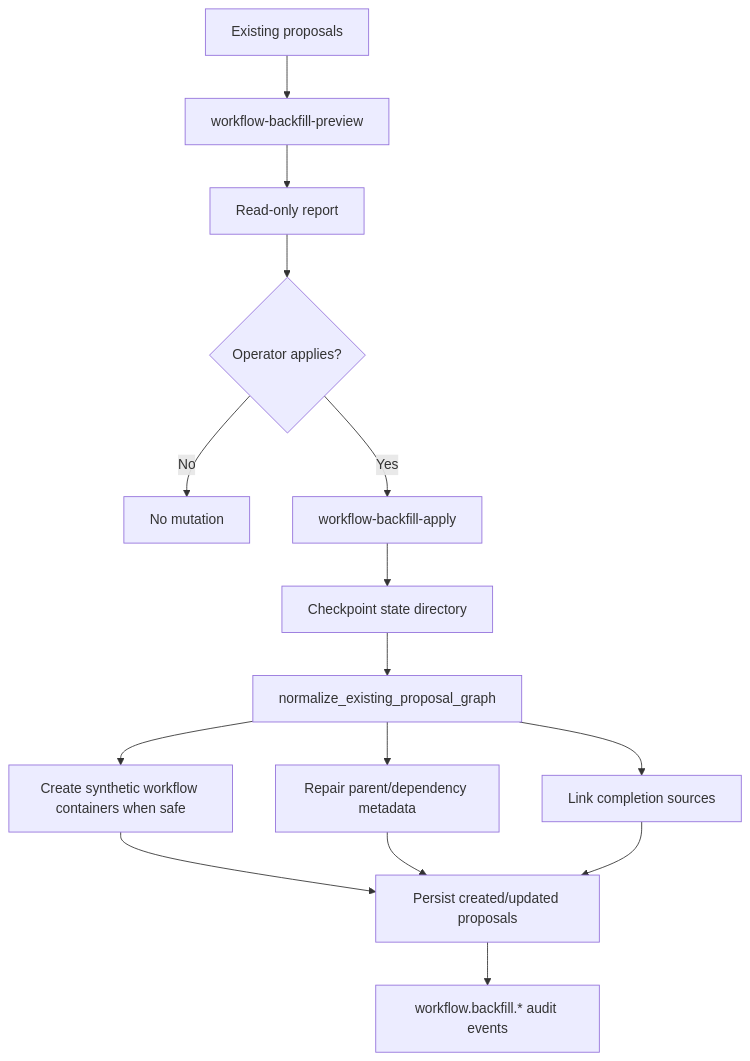
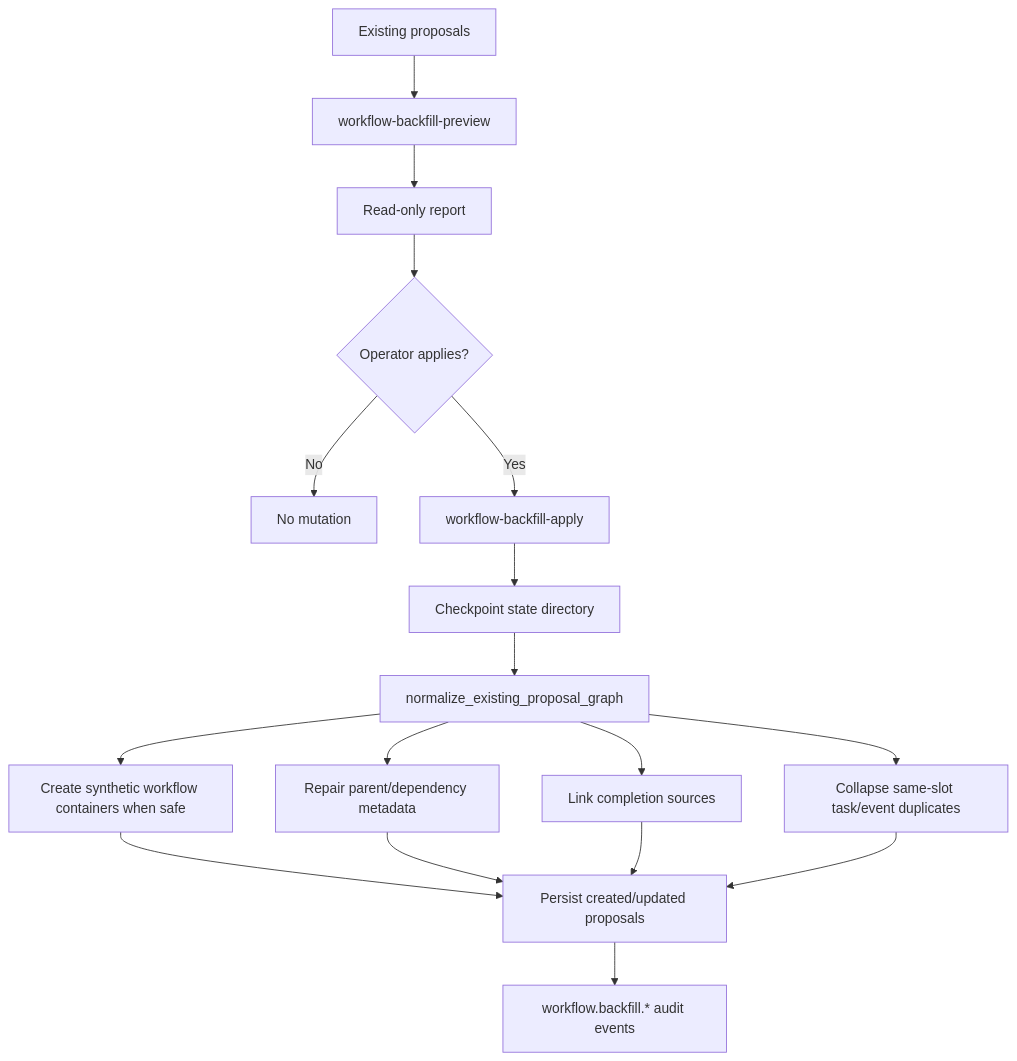
Before and after one commit to KOBIC-KBDS/task-management-clean-public: the third of 7 diagrams in docs/agent-flow.md, drawn with Mermaid. The commit also changed other lines of this file and 11 other files, not shown here.

First line of the commit message:
Preserve one visible commitment for task/event duplicates

````diff
--- a/docs/agent-flow.md
+++ b/docs/agent-flow.md
@@ -99,17 +103,19 @@
 ```mermaid
 flowchart TD
   A[Existing proposals] --> B[workflow-backfill-preview]
   B --> C[Read-only report]
   C --> D{Operator applies?}
   D -->|No| E[No mutation]
   D -->|Yes| F[workflow-backfill-apply]
   F --> G[Checkpoint state directory]
   G --> H[normalize_existing_proposal_graph]
   H --> I[Create synthetic workflow containers when safe]
   H --> J[Repair parent/dependency metadata]
   H --> K[Link completion sources]
+  H --> X[Collapse same-slot task/event duplicates]
   I --> L[Persist created/updated proposals]
   J --> L
   K --> L
+  X --> L
   L --> M[workflow.backfill.* audit events]
 ```
````
